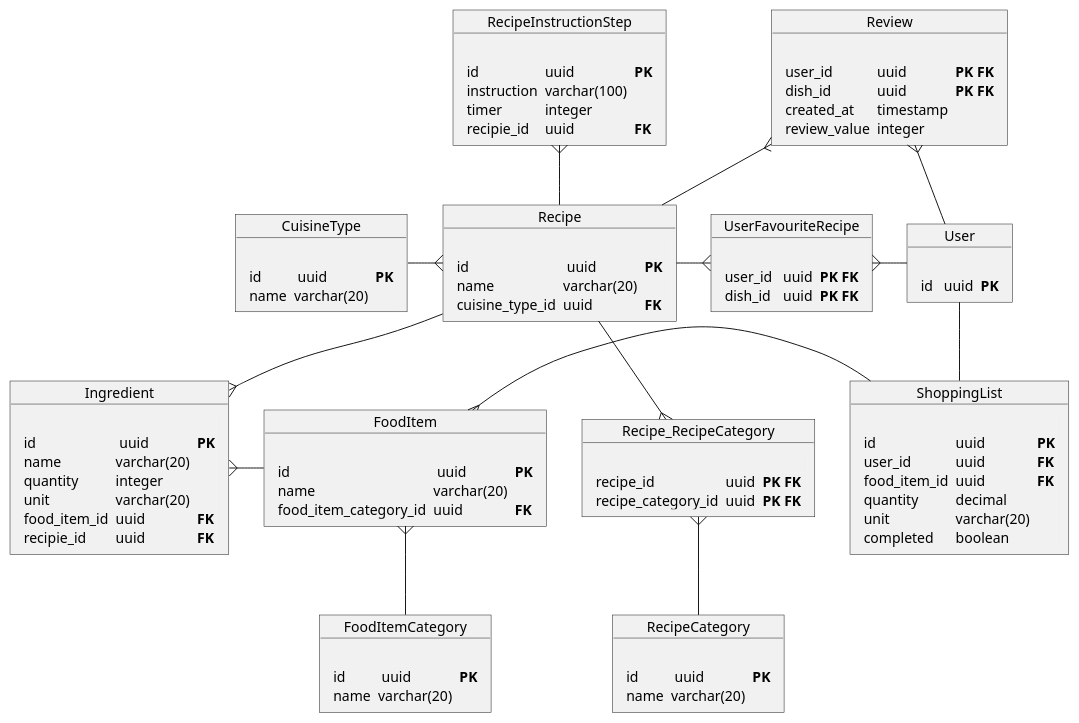
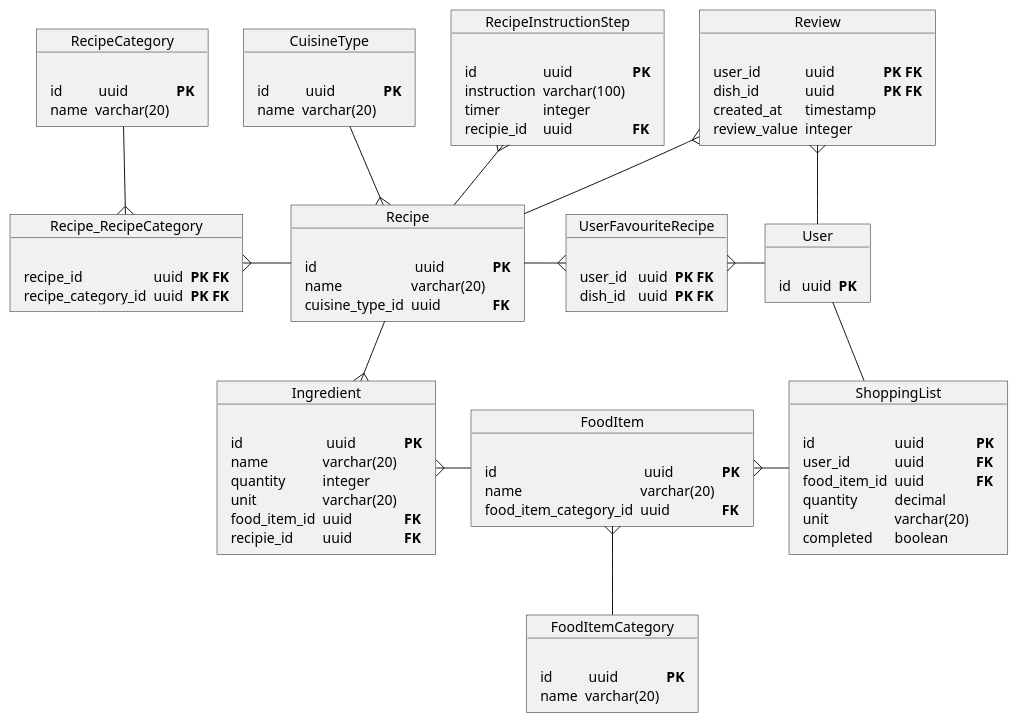
Before and after one commit to oskarski/inzynierka: the diagram in docs/db-schema.puml, drawn with PlantUML.

Commit message:
fixed positioning of the entities

```diff
--- a/docs/db-schema.puml
+++ b/docs/db-schema.puml
@@ -1,100 +1,100 @@
 @startuml
 object Recipe  {
     <#F1F1F1,#F1F1F1>|= |= |= |
     | id |  uuid | **PK** |
     | name | varchar(20) |
     | cuisine_type_id | uuid | **FK** |
 }
 
 object RecipeInstructionStep {
     <#F1F1F1,#F1F1F1>|= |= |= |
     | id | uuid | **PK** |
     | instruction | varchar(100) |
     | timer | integer |
     | recipie_id | uuid | **FK** |
 }
 
 object Ingredient {
   <#F1F1F1,#F1F1F1>|= |= |= |
     | id |  uuid | **PK** |
     | name | varchar(20) |
     | quantity | integer |
     | unit | varchar(20) |
     | food_item_id | uuid| **FK** |
     | recipie_id | uuid | **FK** |
 }
 
 object FoodItem {
   <#F1F1F1,#F1F1F1>|= |= |= |
     | id |  uuid | **PK** |
     | name | varchar(20) |
     | food_item_category_id | uuid | **FK** |
 }
 
 object FoodItemCategory {
   <#F1F1F1,#F1F1F1>|= |= |= |
     | id |  uuid | **PK** |
     | name | varchar(20) |
 }
 
 object CuisineType {
     <#F1F1F1,#F1F1F1>|= |= |= |
     | id |  uuid | **PK** |
     | name | varchar(20) |
 }
 
 object RecipeCategory {
     <#F1F1F1,#F1F1F1>|= |= |= |
     | id |  uuid | **PK** |
     | name | varchar(20) |
 }
 
 object Recipe_RecipeCategory {
     <#F1F1F1,#F1F1F1>|= |= |= |
     | recipe_id | uuid | **PK FK** |
     | recipe_category_id | uuid | **PK FK** |
 }
 
 object User {
     <#F1F1F1,#F1F1F1>|= |= |= |
     | id |  uuid | **PK** |
 }
 
 object UserFavouriteRecipe {
     <#F1F1F1,#F1F1F1>|= |= |= |
     | user_id |  uuid | **PK FK** |
     | dish_id |  uuid | **PK FK** |
 }
 
 object Review {
     <#F1F1F1,#F1F1F1>|= |= |= |
     | user_id | uuid | **PK FK** |
     | dish_id | uuid | **PK FK** |
     | created_at | timestamp | |
     | review_value | integer | |
 }
 
 object ShoppingList {
     <#F1F1F1,#F1F1F1>|= |= |= |
     | id | uuid | **PK** |
     | user_id | uuid | **FK** |
     | food_item_id | uuid | **FK** |
     | quantity | decimal | |
     | unit | varchar(20) | |
     | completed | boolean | |
 }
 
 Recipe -down-{ Ingredient
 RecipeInstructionStep }-- Recipe
 Ingredient }-right- FoodItem
 FoodItem }-- FoodItemCategory
-Recipe }-left- CuisineType
-Recipe --{ Recipe_RecipeCategory
-Recipe_RecipeCategory }-- RecipeCategory
+Recipe }-up- CuisineType
+Recipe -left-{ Recipe_RecipeCategory
+Recipe_RecipeCategory }-up- RecipeCategory
 Recipe -right-{ UserFavouriteRecipe
 UserFavouriteRecipe }-right- User
 Recipe -up-{ Review
 Review }-down- User
 User -- ShoppingList
 ShoppingList -left-{ FoodItem
 @enduml
```
